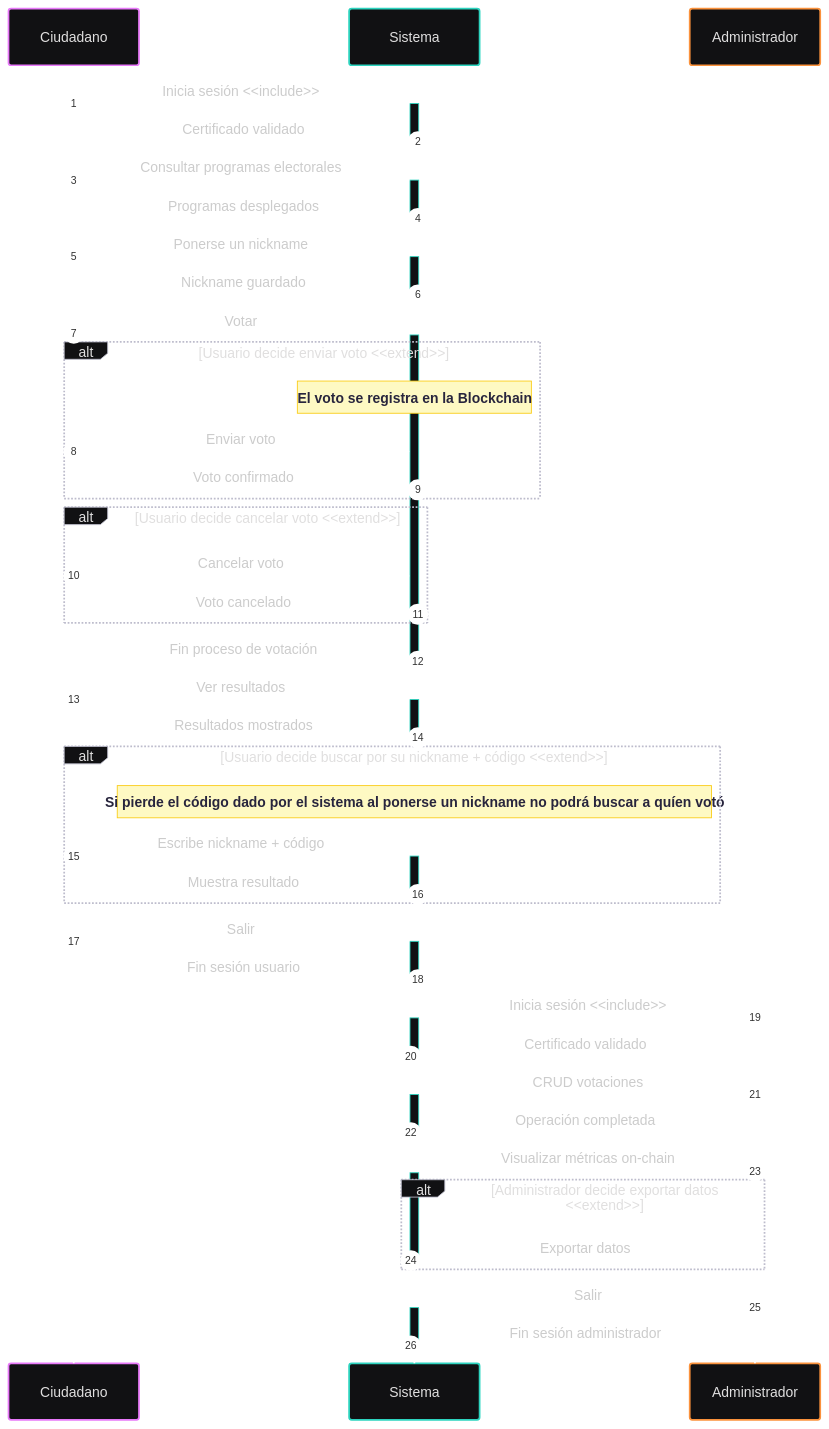
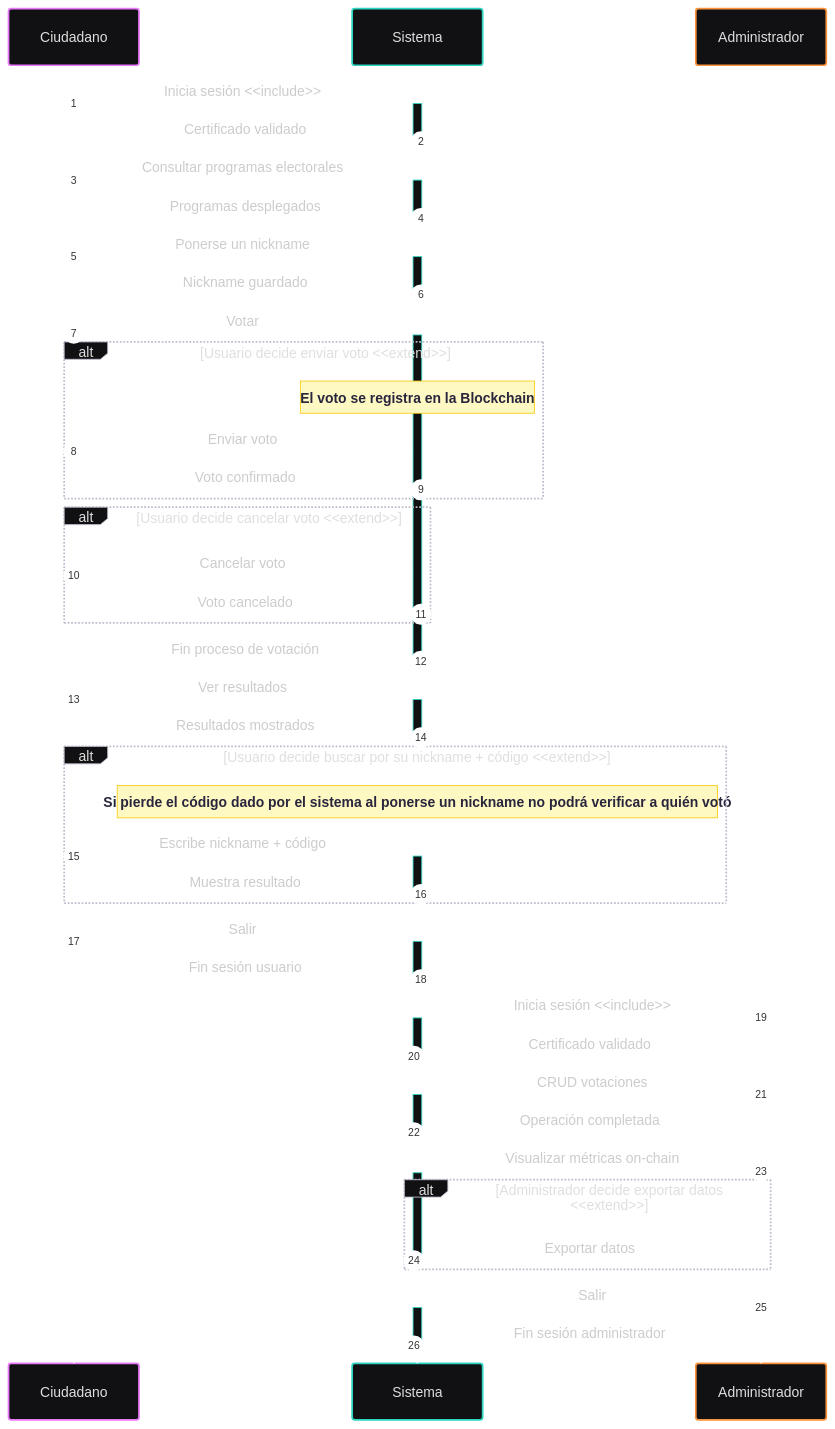
One commit to OnyxVariables/AGORA changed the first of 3 diagrams in docs/Diagrama_Secuencia.md. Above: the diagram before and after it, drawn with Mermaid. The commit also changed other lines of this file and 6 other files, not shown here.

````diff
--- a/docs/Diagrama_Secuencia.md
+++ b/docs/Diagrama_Secuencia.md
@@ -47,61 +47,61 @@
 ```mermaid
 ---
 config:
   theme: redux-dark-color
 ---
 sequenceDiagram
     autonumber
 
     %% Flujo Ciudadano
     Ciudadano->>+Sistema: Inicia sesión <<include>>
     Sistema-->>-Ciudadano: Certificado validado
 
     Ciudadano->>+Sistema: Consultar programas electorales
     Sistema-->>-Ciudadano: Programas desplegados
 
     Ciudadano->>+Sistema: Ponerse un nickname
     Sistema-->>-Ciudadano: Nickname guardado
 
     Ciudadano->>+Sistema: Votar
 
     alt Usuario decide enviar voto <<extend>>
         Note over Sistema: El voto se registra en la Blockchain
         Ciudadano->>Sistema: Enviar voto
         Sistema-->>Ciudadano: Voto confirmado
     end
 
     alt Usuario decide cancelar voto <<extend>>
         Ciudadano->>Sistema: Cancelar voto
         Sistema-->>Ciudadano: Voto cancelado
     end
 
     Sistema-->>-Ciudadano: Fin proceso de votación
 
     Ciudadano->>+Sistema: Ver resultados
     Sistema-->>-Ciudadano: Resultados mostrados
 
     alt Usuario decide buscar por su nickname + código <<extend>>
-        Note over Sistema: Si pierde el código dado por el sistema al ponerse un nickname no podrá buscar a quíen votó
+        Note over Sistema: Si pierde el código dado por el sistema al ponerse un nickname no podrá verificar a quién votó
         Ciudadano->>+Sistema: Escribe nickname + código
         Sistema-->>-Ciudadano: Muestra resultado
     end
 
     Ciudadano->>+Sistema: Salir
     Sistema-->>-Ciudadano: Fin sesión usuario
 
     %% Flujo Administrador
     Administrador->>+Sistema: Inicia sesión <<include>>
     Sistema-->>-Administrador: Certificado validado
 
     Administrador->>+Sistema: CRUD votaciones
     Sistema-->>-Administrador: Operación completada
 
     Administrador->>+Sistema: Visualizar métricas on-chain
 
     alt Administrador decide exportar datos <<extend>>
         Sistema-->>-Administrador: Exportar datos
     end
 
     Administrador->>+Sistema: Salir
     Sistema-->>-Administrador: Fin sesión administrador
 ```
````
